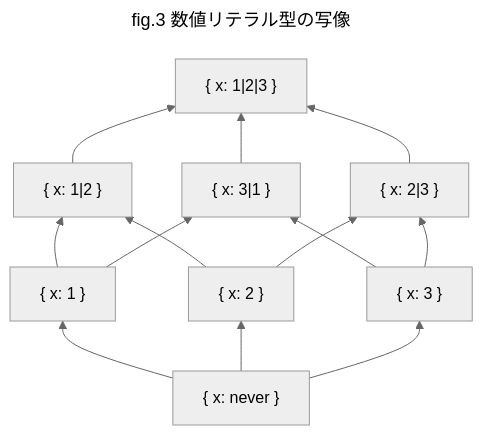
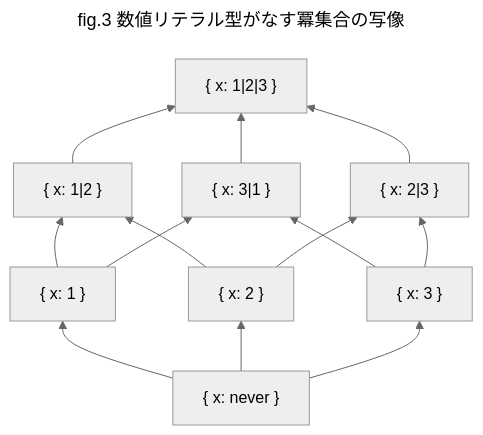
One commit to yo-goto/zenn-public-repo changed the fifth of 10 diagrams in books/ts-algebraic-models/6-tam-set-theoretic-model.md. Above: the diagram before and after it, drawn with Mermaid (neutral theme). The commit also changed other lines of this file, not shown here.

````diff
--- a/books/ts-algebraic-models/6-tam-set-theoretic-model.md
+++ b/books/ts-algebraic-models/6-tam-set-theoretic-model.md
@@ -201,22 +218,22 @@
 ```mermaid
 ---
-title: fig.3 数値リテラル型の写像
+title: fig.3 数値リテラル型がなす冪集合の写像
 ---
 graph BT
   B["{ x: never }"]
   X["{ x: 1 }"]
   Y["{ x: 2 }"]
   Z["{ x: 3 }"]
   XY["{ x: 1|2 }"]
   ZX["{ x: 3|1 }"]
   YZ["{ x: 2|3 }"]
   T["{ x: 1|2|3 }"]
   B --> X & Y & Z
   X --> XY
   Y --> XY
   Z --> ZX
   Y --> YZ
   X --> ZX
   Z --> YZ
   XY & YZ & ZX --> T
 ```
````
